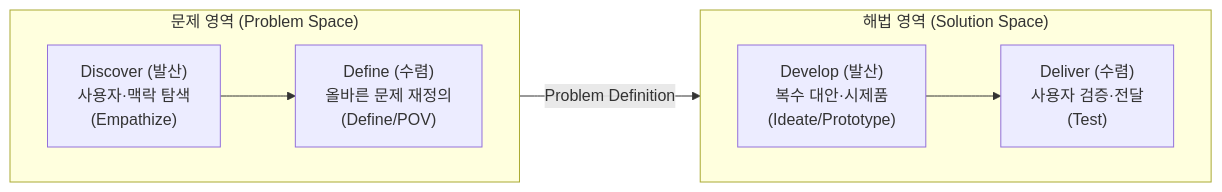
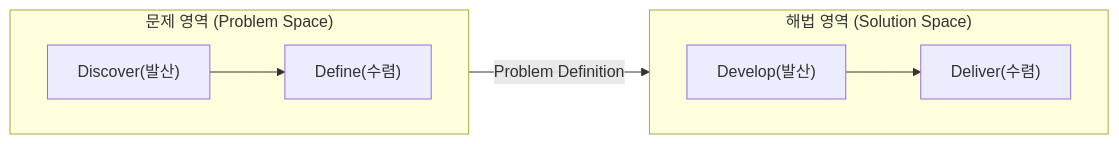
One commit to agnusdei1207/study changed the second of 4 diagrams in src/content/docs/notes/itpe/01-it-strategy/047_design_thinking.md. Above: the diagram before and after it, drawn with Mermaid. The commit also changed other lines of this file and 19 other files, not shown here.

````diff
--- a/src/content/docs/notes/itpe/01-it-strategy/047_design_thinking.md
+++ b/src/content/docs/notes/itpe/01-it-strategy/047_design_thinking.md
@@ -81,18 +84,14 @@
 ```mermaid
 flowchart LR
     subgraph PROBLEM["문제 영역 (Problem Space)"]
         direction LR
-        DISC["Discover (발산)<br/>사용자·맥락 탐색<br/>(Empathize)"]
-        DEF["Define (수렴)<br/>올바른 문제 재정의<br/>(Define/POV)"]
-        DISC --> DEF
+        DISC["Discover(발산)"] --> DEF["Define(수렴)"]
     end
 
     subgraph SOLUTION["해법 영역 (Solution Space)"]
         direction LR
-        DEV["Develop (발산)<br/>복수 대안·시제품<br/>(Ideate/Prototype)"]
-        DEL["Deliver (수렴)<br/>사용자 검증·전달<br/>(Test)"]
-        DEV --> DEL
+        DEV["Develop(발산)"] --> DEL["Deliver(수렴)"]
     end
 
     PROBLEM -->|Problem Definition| SOLUTION
 ```
````
